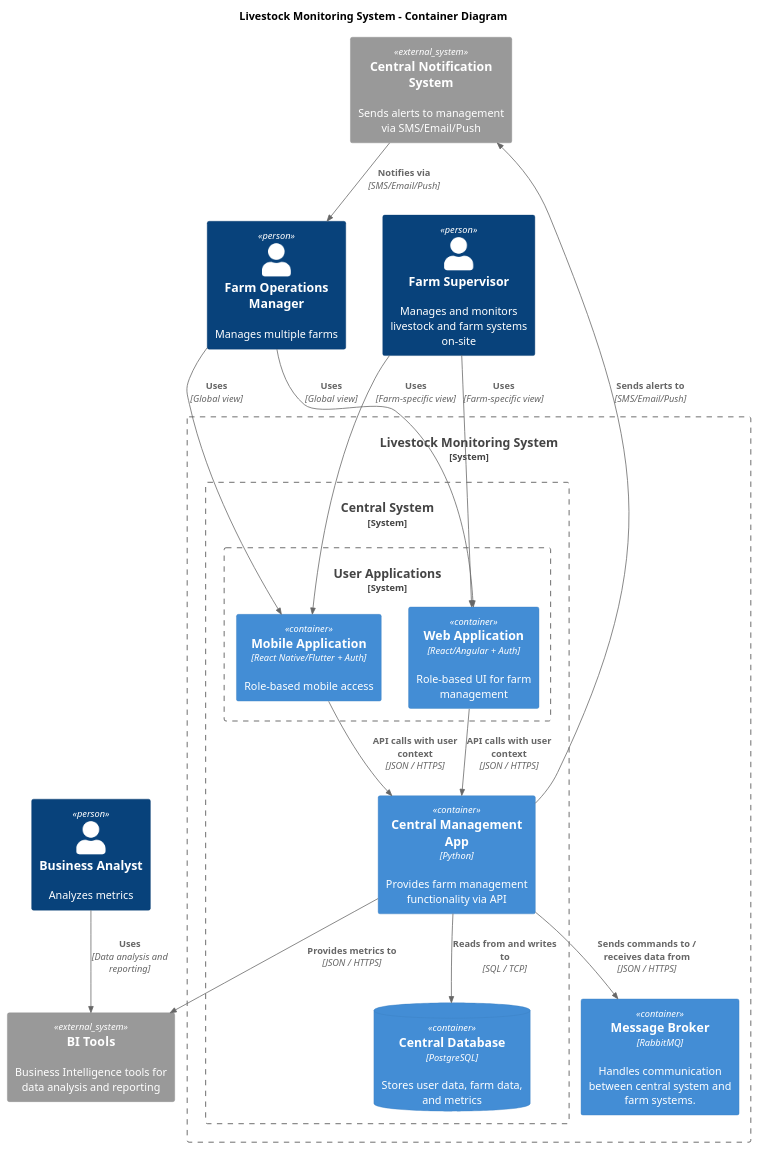
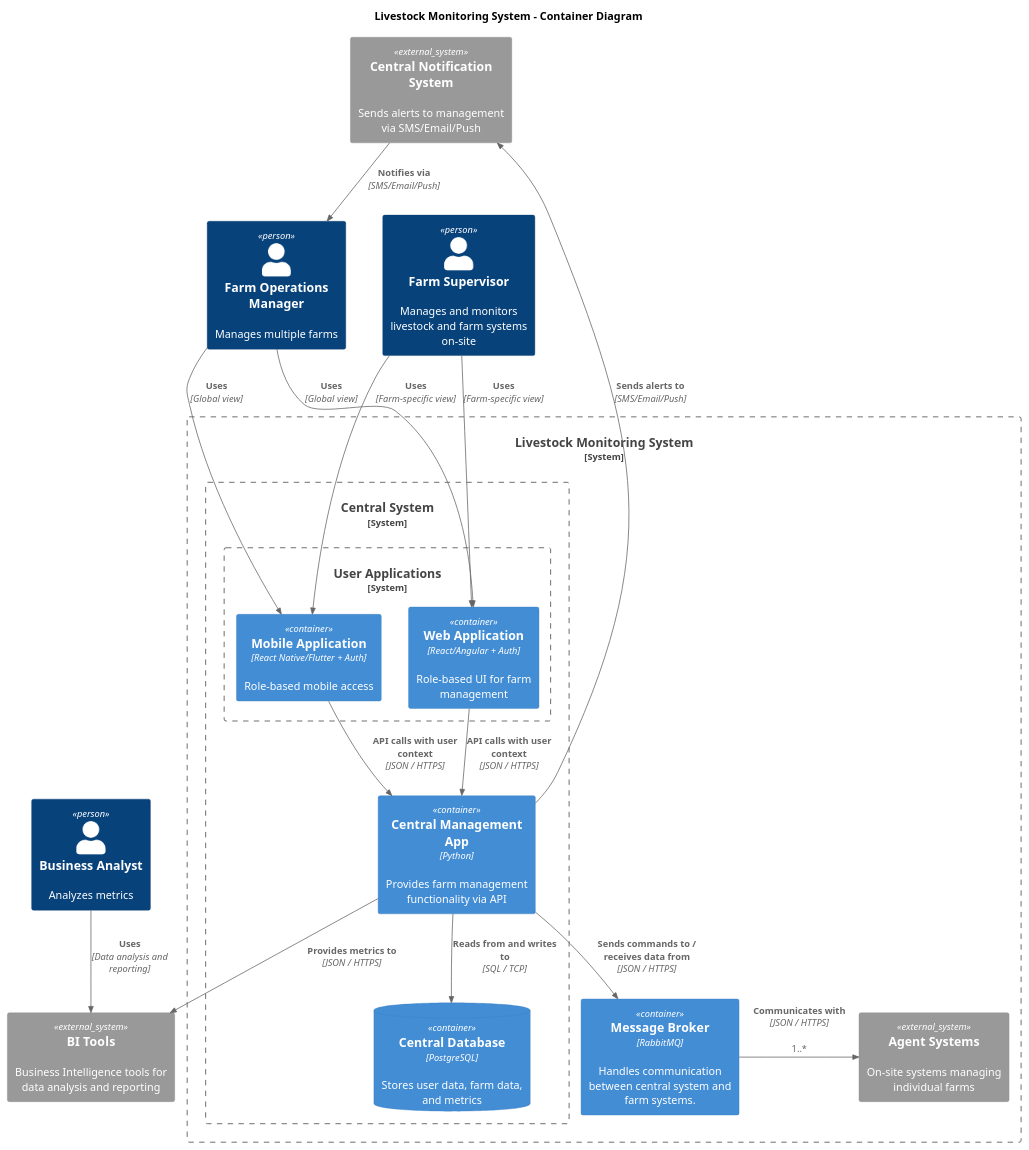
The diagram in Task2/container_central.puml (WowSoLaggy/MSA-AgroTech), drawn with PlantUML before and after one commit. The commit also changed 4 other files, not shown here.

```diff
--- a/Task2/container_central.puml
+++ b/Task2/container_central.puml
@@ -1,55 +1,57 @@
 @startuml container_central.puml
 title Livestock Monitoring System - Container Diagram
 
 top to bottom direction
 
 !includeurl https://raw.githubusercontent.com/RicardoNiepel/C4-PlantUML/master/C4_Component.puml
 
 ' Actors
 
 Person(farm_manager, "Farm Operations Manager", "Manages multiple farms")
 Person(farm_supervisor, "Farm Supervisor", "Manages and monitors livestock and farm systems on-site")
 Person(ba, "Business Analyst", "Analyzes metrics")
 
 ' External Systems
 
 System_Ext(bi_tools_ext, "BI Tools", "Business Intelligence tools for data analysis and reporting")
 System_Ext(central_notification_ext, "Central Notification System", "Sends alerts to management via SMS/Email/Push")
 
 ' LMS
 
 System_Boundary(lms_boundary, "Livestock Monitoring System") {
 
   Container(broker, "Message Broker", "RabbitMQ", "Handles communication between central system and farm systems.")
+  System_Ext(agent_system_ext, "Agent Systems", "On-site systems managing individual farms")
 
   ' Central System Boundary
 
   System_Boundary(system_central, "Central System") {
     System_Boundary(user_apps_boundary, "User Applications") {
       Container(web_app, "Web Application", "React/Angular + Auth", "Role-based UI for farm management")
       Container(mobile_app, "Mobile Application", "React Native/Flutter + Auth", "Role-based mobile access")
     }
     Container(api_central, "Central Management App", "Python", "Provides farm management functionality via API")
     ContainerDb(db_central, "Central Database", "PostgreSQL", "Stores user data, farm data, and metrics")
 
     Rel(farm_manager, web_app, "Uses", "Global view")
     Rel(farm_manager, mobile_app, "Uses", "Global view")
     
     Rel(farm_supervisor, web_app, "Uses", "Farm-specific view")
     Rel(farm_supervisor, mobile_app, "Uses", "Farm-specific view")
 
     Rel(web_app, api_central, "API calls with user context", "JSON / HTTPS")
     Rel(mobile_app, api_central, "API calls with user context", "JSON / HTTPS")
     Rel(api_central, db_central, "Reads from and writes to", "SQL / TCP")
 
     Rel(api_central, bi_tools_ext, "Provides metrics to", "JSON / HTTPS")
     Rel(api_central, central_notification_ext, "Sends alerts to", "SMS/Email/Push")
     Rel(api_central, broker, "Sends commands to / receives data from", "JSON / HTTPS")
+    Rel_R(broker, agent_system_ext, "Communicates with", "JSON / HTTPS", "1..*")
   }
 }
 
 Rel(ba, bi_tools_ext, "Uses", "Data analysis and reporting")
 Rel(central_notification_ext, farm_manager, "Notifies via", "SMS/Email/Push")
 
 
 @enduml
```
